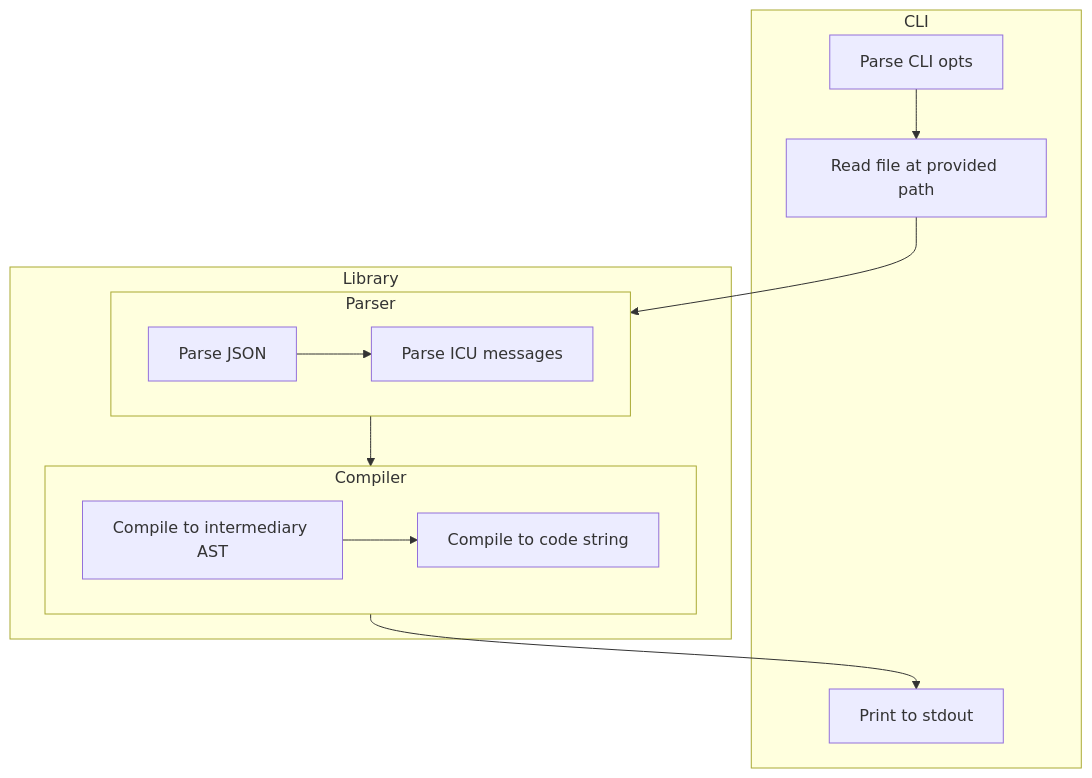
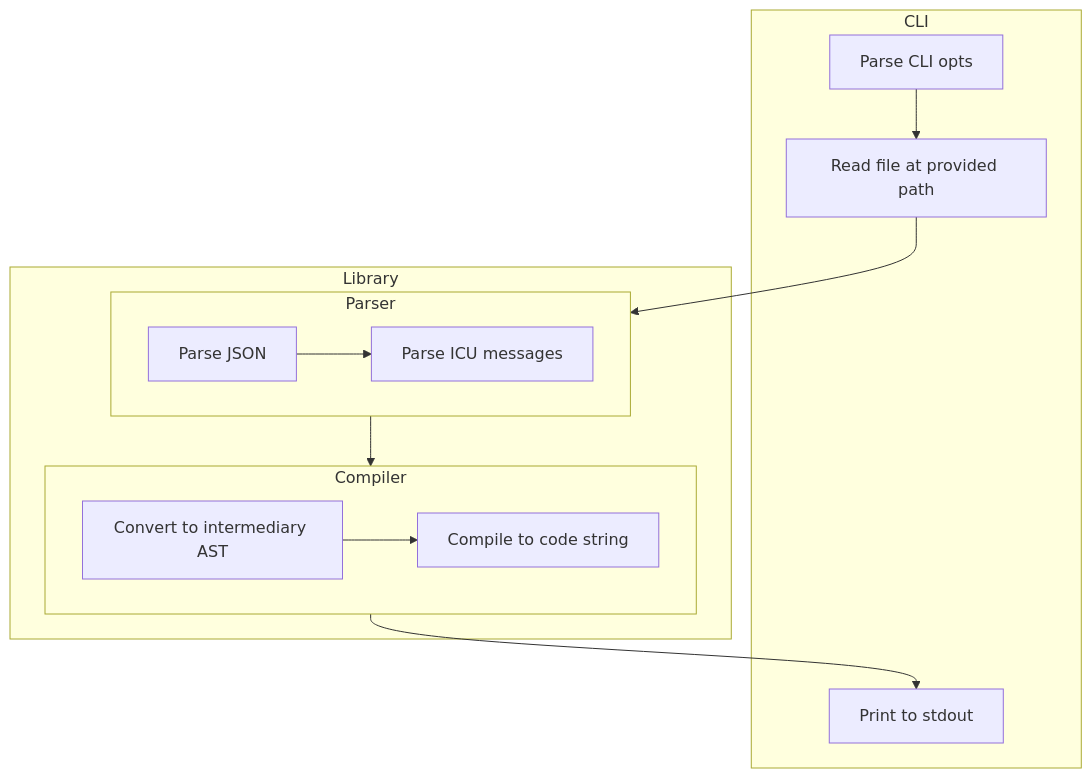
One commit to unsplash/intlc changed the diagram in ARCHITECTURE.md. Above: the diagram before and after it, drawn with Mermaid. The commit also changed other lines of this file, not shown here.

Commit message:
Minor arch doc adjustments

````diff
--- a/ARCHITECTURE.md
+++ b/ARCHITECTURE.md
@@ -13,30 +13,30 @@
 ```mermaid
 flowchart
   subgraph CLI
     CLIParse[Parse CLI opts]
     -->
     CLIReadFile[Read file at provided path]
 
     CLIStdOut[Print to stdout]
   end
 
   subgraph Library
     Parser
 
     Compiler
   end
 
   subgraph Parser
     parserJSON[Parse JSON]
     -->
     parserICU[Parse ICU messages]
   end
 
   subgraph Compiler
-    compilerIntermediary[Compile to intermediary AST]
+    compilerIntermediary[Convert to intermediary AST]
     -->
     compilerCode[Compile to code string]
   end
 
   CLIReadFile --> Parser --> Compiler --> CLIStdOut
 ```
````
